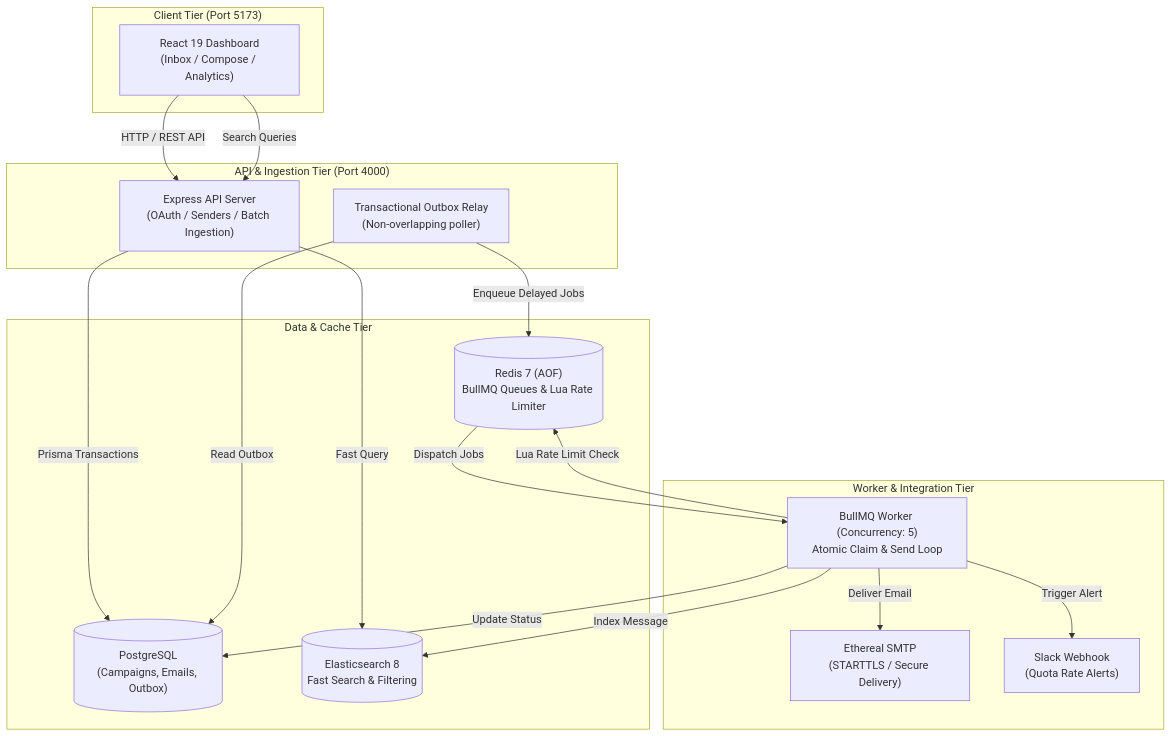
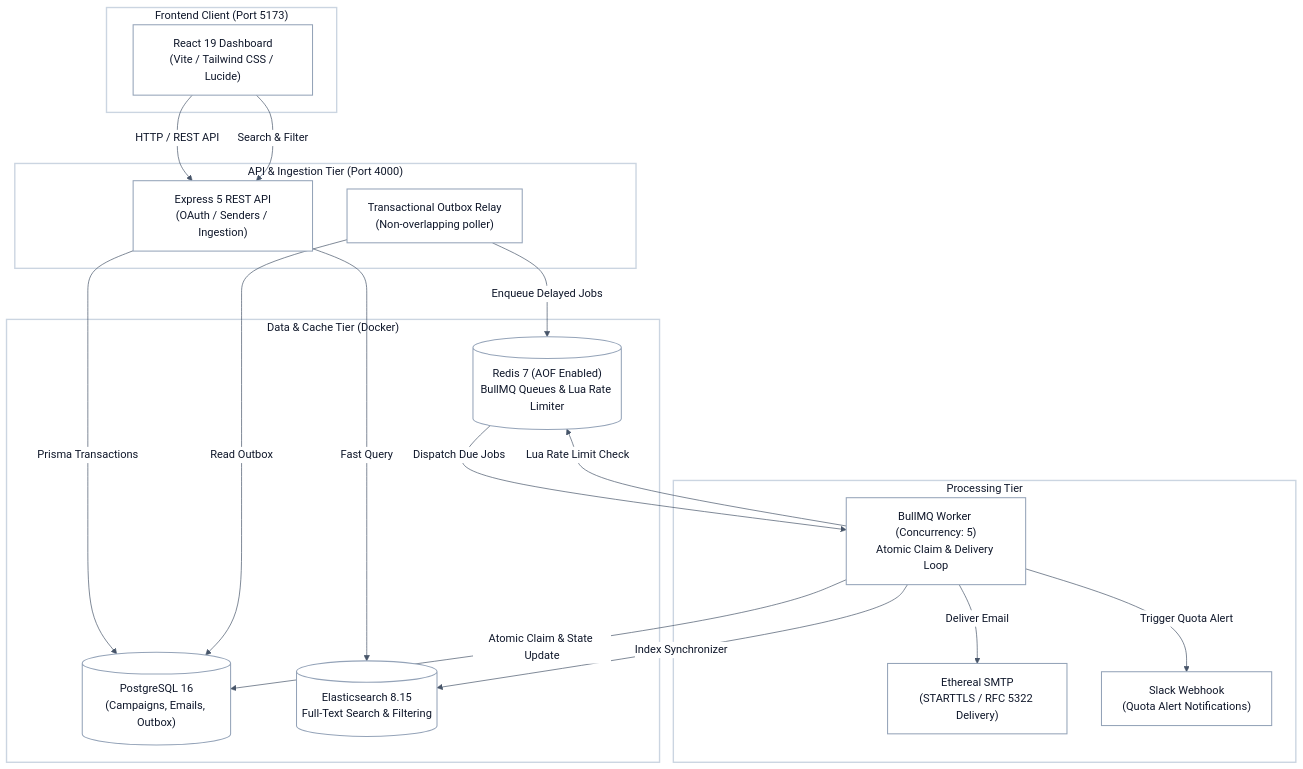
The diagram in README.md (Bhanu-partap-13/Outbox-assesment), drawn with Mermaid before and after one commit. The commit also changed other lines of this file and 1 other file, not shown here.

````diff
--- a/README.md
+++ b/README.md
@@ -57,36 +62,60 @@
 ```mermaid
+%%{init: {
+  'theme': 'base',
+  'themeVariables': {
+    'primaryColor': '#ffffff',
+    'primaryBorderColor': '#cbd5e1',
+    'primaryTextColor': '#0f172a',
+    'clusterBkg': '#ffffff',
+    'clusterBorder': '#cbd5e1',
+    'lineColor': '#475569',
+    'edgeLabelBackground': '#ffffff',
+    'tertiaryColor': '#ffffff',
+    'background': '#ffffff',
+    'mainBkg': '#ffffff',
+    'fontFamily': 'Inter, system-ui, -apple-system, sans-serif'
+  }
+}}%%
 flowchart TD
-    subgraph Client["Client Tier (Port 5173)"]
-        UI["React 19 Dashboard\n(Inbox / Compose / Analytics)"]
+    subgraph Client["Frontend Client (Port 5173)"]
+        UI["React 19 Dashboard<br/>(Vite / Tailwind CSS / Lucide)"]
     end
 
     subgraph Backend["API & Ingestion Tier (Port 4000)"]
-        API["Express API Server\n(OAuth / Senders / Batch Ingestion)"]
-        Relay["Transactional Outbox Relay\n(Non-overlapping poller)"]
+        API["Express 5 REST API<br/>(OAuth / Senders / Ingestion)"]
+        Relay["Transactional Outbox Relay<br/>(Non-overlapping poller)"]
     end
 
-    subgraph Storage["Data & Cache Tier"]
-        PG[("PostgreSQL\n(Campaigns, Emails, Outbox)")]
-        Redis[("Redis 7 (AOF)\nBullMQ Queues & Lua Rate Limiter")]
-        ES[("Elasticsearch 8\nFast Search & Filtering")]
+    subgraph Storage["Data & Cache Tier (Docker)"]
+        PG[("PostgreSQL 16<br/>(Campaigns, Emails, Outbox)")]
+        Redis[("Redis 7 (AOF Enabled)<br/>BullMQ Queues & Lua Rate Limiter")]
+        ES[("Elasticsearch 8.15<br/>Full-Text Search & Filtering")]
     end
 
-    subgraph Workers["Worker & Integration Tier"]
-        Worker["BullMQ Worker (Concurrency: 5)\nAtomic Claim & Send Loop"]
-        SMTP["Ethereal SMTP\n(STARTTLS / Secure Delivery)"]
-        Slack["Slack Webhook\n(Quota Rate Alerts)"]
+    subgraph Workers["Processing Tier"]
+        Worker["BullMQ Worker (Concurrency: 5)<br/>Atomic Claim & Delivery Loop"]
+        SMTP["Ethereal SMTP<br/>(STARTTLS / RFC 5322 Delivery)"]
+        Slack["Slack Webhook<br/>(Quota Alert Notifications)"]
     end
 
     UI -->|HTTP / REST API| API
     API -->|Prisma Transactions| PG
     Relay -->|Read Outbox| PG
     Relay -->|Enqueue Delayed Jobs| Redis
-    Redis -->|Dispatch Jobs| Worker
+    Redis -->|Dispatch Due Jobs| Worker
     Worker -->|Lua Rate Limit Check| Redis
-    Worker -->|Update Status| PG
-    Worker -->|Index Message| ES
+    Worker -->|Atomic Claim & State Update| PG
+    Worker -->|Index Synchronizer| ES
     Worker -->|Deliver Email| SMTP
-    Worker -->|Trigger Alert| Slack
-    UI -->|Search Queries| API
+    Worker -->|Trigger Quota Alert| Slack
+    UI -->|Search & Filter| API
     API -->|Fast Query| ES
+
+    style Client fill:#ffffff,stroke:#cbd5e1,stroke-width:2px,color:#0f172a
+    style Backend fill:#ffffff,stroke:#cbd5e1,stroke-width:2px,color:#0f172a
+    style Storage fill:#ffffff,stroke:#cbd5e1,stroke-width:2px,color:#0f172a
+    style Workers fill:#ffffff,stroke:#cbd5e1,stroke-width:2px,color:#0f172a
+
+    classDef card fill:#ffffff,stroke:#94a3b8,stroke-width:1.5px,color:#0f172a
+    class UI,API,Relay,PG,Redis,ES,Worker,SMTP,Slack card
 ```
````
